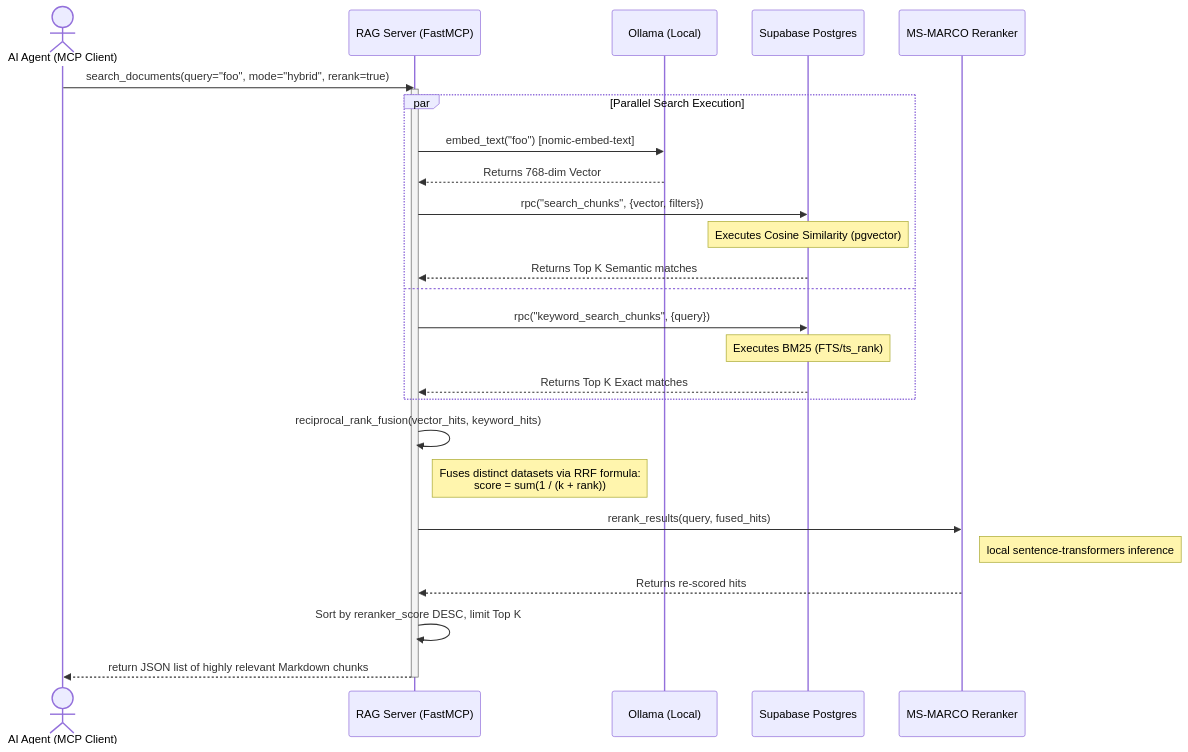
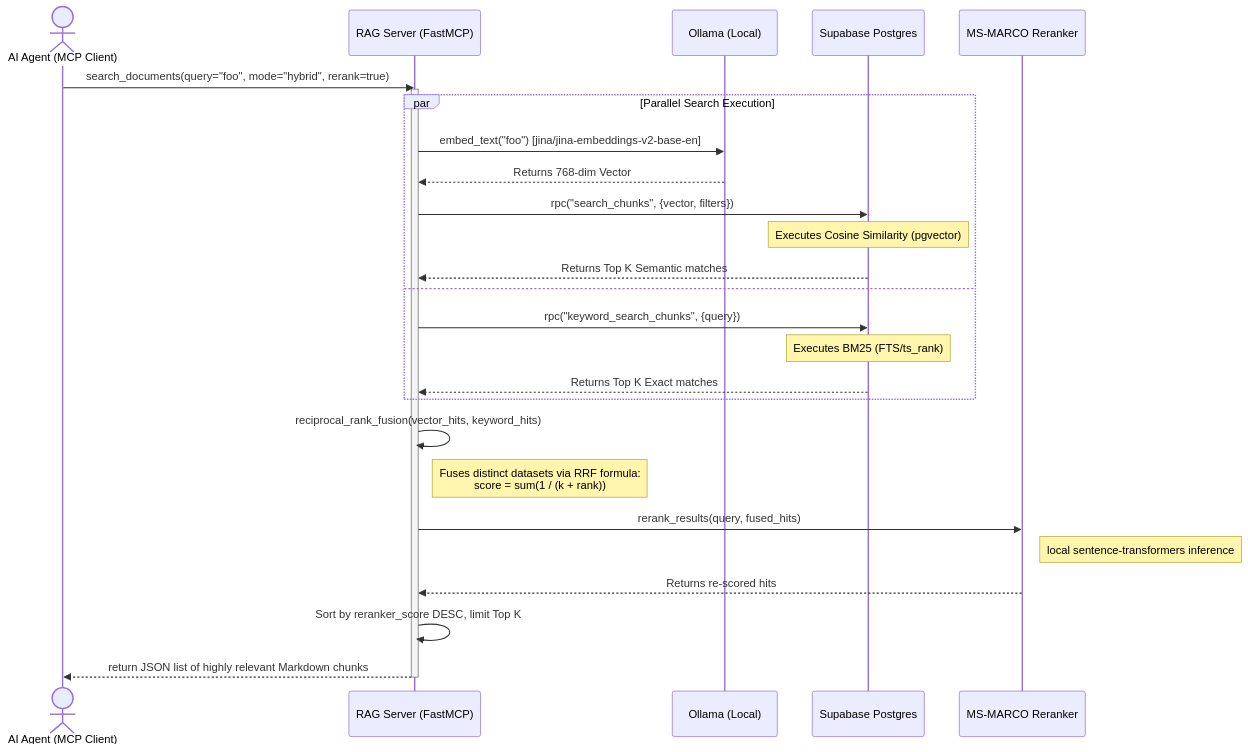
The second of 2 diagrams in docs/sequence_diagrams.md (salehloke/claude-code-agentic-rag-masterclass), drawn with Mermaid before and after one commit. The commit also changed other lines of this file and 32 other files, not shown here.

````diff
--- a/docs/sequence_diagrams.md
+++ b/docs/sequence_diagrams.md
@@ -53,38 +53,38 @@
 ```mermaid
 sequenceDiagram
     actor Agent as AI Agent (MCP Client)
     participant MCP as RAG Server (FastMCP)
     participant Ollama as Ollama (Local)
     participant DB as Supabase Postgres
     participant CrossEncoder as MS-MARCO Reranker
 
     Agent->>MCP: search_documents(query="foo", mode="hybrid", rerank=true)
 
     activate MCP
 
     par Parallel Search Execution
         %% Vector Search Path
-        MCP->>Ollama: embed_text("foo") [nomic-embed-text]
+        MCP->>Ollama: embed_text("foo") [jina/jina-embeddings-v2-base-en]
         Ollama-->>MCP: Returns 768-dim Vector
         MCP->>DB: rpc("search_chunks", {vector, filters})
         note over DB: Executes Cosine Similarity (pgvector)
         DB-->>MCP: Returns Top K Semantic matches
     and 
         %% Keyword Search Path
         MCP->>DB: rpc("keyword_search_chunks", {query})
         note over DB: Executes BM25 (FTS/ts_rank)
         DB-->>MCP: Returns Top K Exact matches
     end
     
     MCP->>MCP: reciprocal_rank_fusion(vector_hits, keyword_hits)
     note right of MCP: Fuses distinct datasets via RRF formula:<br/>score = sum(1 / (k + rank))
     
     MCP->>CrossEncoder: rerank_results(query, fused_hits)
     note right of CrossEncoder: local sentence-transformers inference
     CrossEncoder-->>MCP: Returns re-scored hits
     
     MCP->>MCP: Sort by reranker_score DESC, limit Top K
     
     MCP-->>Agent: return JSON list of highly relevant Markdown chunks
     deactivate MCP
 ```
````
